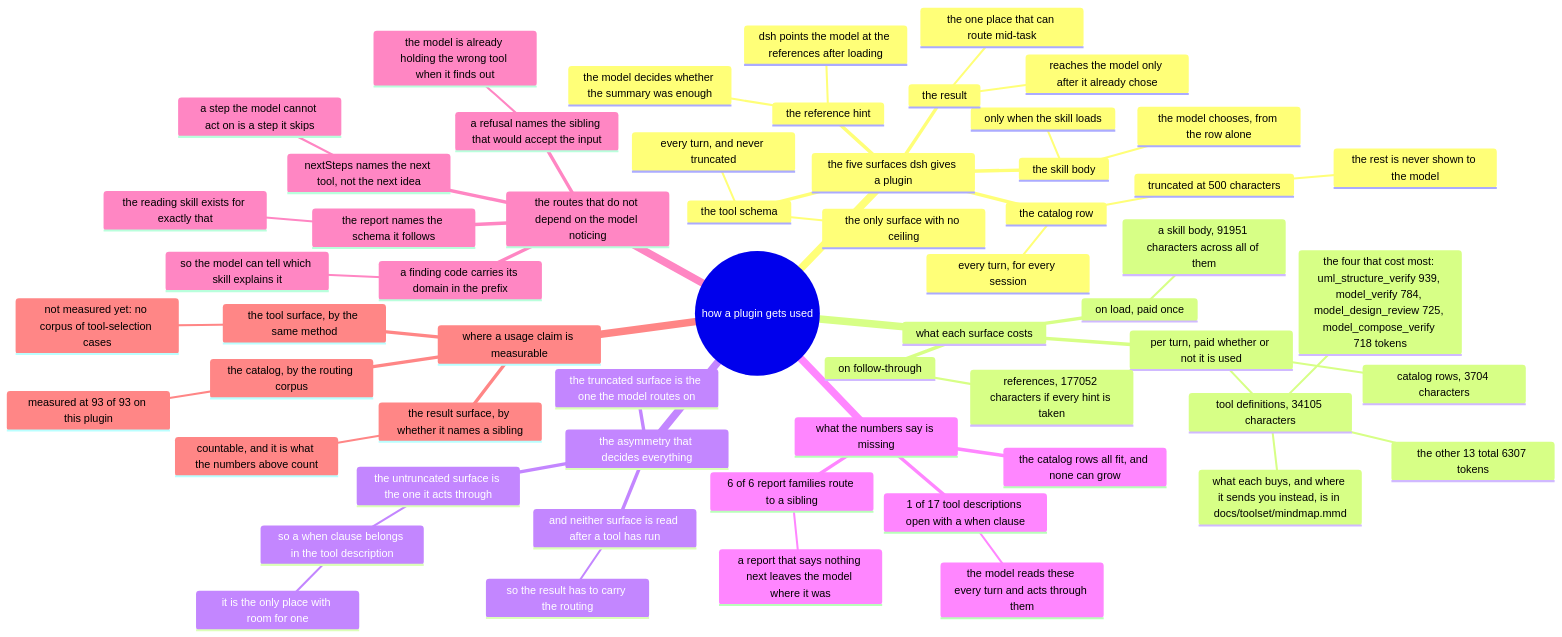
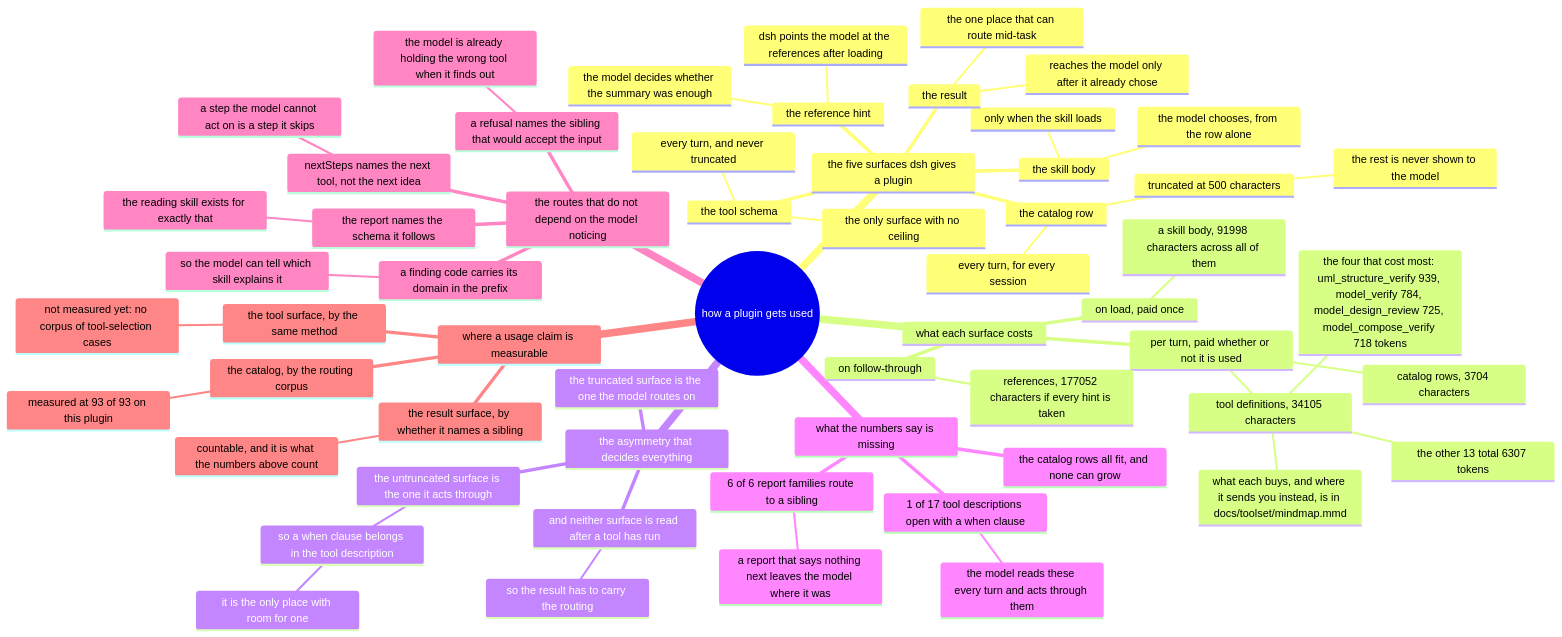
One commit to AmethystLuna/dsh-model-everything changed the diagram in docs/usage/mindmap.mmd. Above: the diagram before and after it, drawn with Mermaid. The commit also changed 18 other files, not shown here.

```diff
--- a/docs/usage/mindmap.mmd
+++ b/docs/usage/mindmap.mmd
@@ -1,59 +1,59 @@
 mindmap
 root((how a plugin gets used))
   the five surfaces dsh gives a plugin
     the catalog row
       every turn, for every session
       truncated at 500 characters
         the rest is never shown to the model
     the skill body
       only when the skill loads
       the model chooses, from the row alone
     the reference hint
       dsh points the model at the references after loading
       the model decides whether the summary was enough
     the tool schema
       every turn, and never truncated
       the only surface with no ceiling
     the result
       reaches the model only after it already chose
       the one place that can route mid-task
   what each surface costs
     per turn, paid whether or not it is used
       catalog rows, 3704 characters
       tool definitions, 34105 characters
         the four that cost most: uml_structure_verify 939, model_verify 784, model_design_review 725, model_compose_verify 718 tokens
         the other 13 total 6307 tokens
         what each buys, and where it sends you instead, is in docs/toolset/mindmap.mmd
     on load, paid once
-      a skill body, 91951 characters across all of them
+      a skill body, 91998 characters across all of them
     on follow-through
       references, 177052 characters if every hint is taken
   the asymmetry that decides everything
     the truncated surface is the one the model routes on
     the untruncated surface is the one it acts through
       so a when clause belongs in the tool description
         it is the only place with room for one
     and neither surface is read after a tool has run
       so the result has to carry the routing
   what the numbers say is missing
     1 of 17 tool descriptions open with a when clause
       the model reads these every turn and acts through them
     6 of 6 report families route to a sibling
       a report that says nothing next leaves the model where it was
     the catalog rows all fit, and none can grow
   the routes that do not depend on the model noticing
     a refusal names the sibling that would accept the input
       the model is already holding the wrong tool when it finds out
     nextSteps names the next tool, not the next idea
       a step the model cannot act on is a step it skips
     a finding code carries its domain in the prefix
       so the model can tell which skill explains it
     the report names the schema it follows
       the reading skill exists for exactly that
   where a usage claim is measurable
     the catalog, by the routing corpus
       measured at 93 of 93 on this plugin
     the tool surface, by the same method
       not measured yet: no corpus of tool-selection cases
     the result surface, by whether it names a sibling
       countable, and it is what the numbers above count
```
